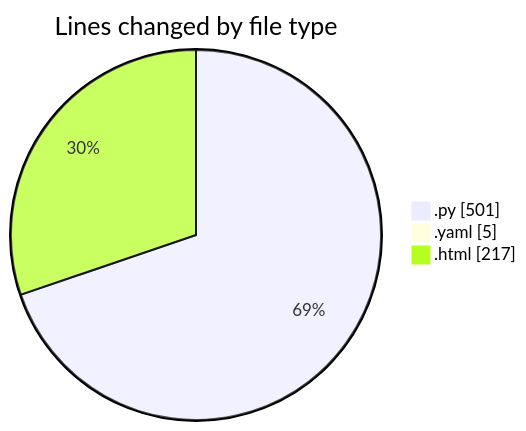
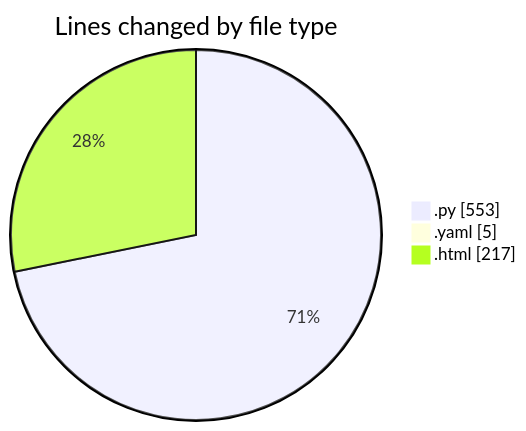
The first of 2 diagrams in 2025-06-26/webapp/README.md (Ritupan-Deka/code-tracking), drawn with Mermaid before and after one commit. The commit also changed other lines of this file and 1 other file, not shown here.

````diff
--- a/2025-06-26/webapp/README.md
+++ b/2025-06-26/webapp/README.md
@@ -26,7 +27,7 @@
 ```mermaid
 pie showData
 title Lines changed by file type
-".py" : 501
+".py" : 553
 ".yaml" : 5
 ".html" : 217
 ```
````
